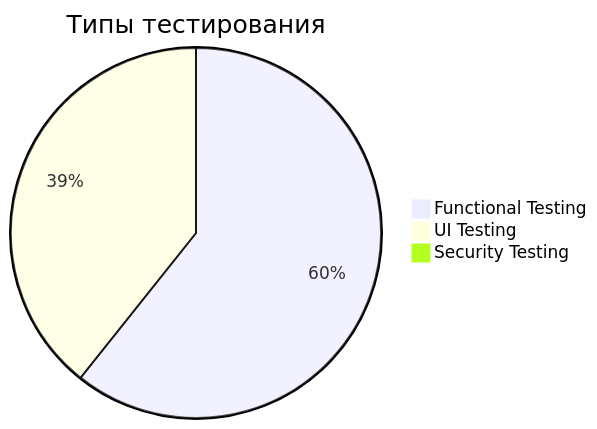
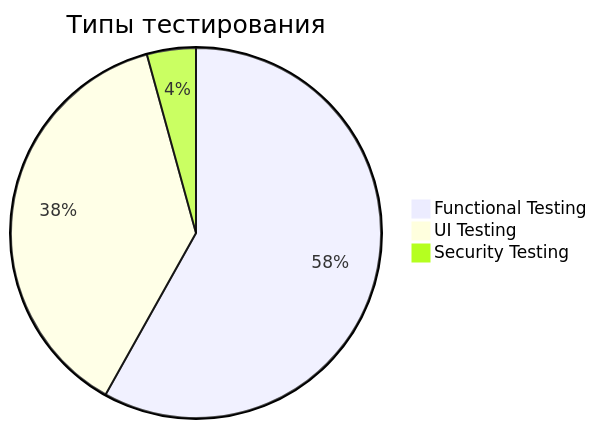
The second of 2 diagrams in README.md (SHBERIX/QA-Portfolio), drawn with Mermaid before and after one commit.

````diff
--- a/README.md
+++ b/README.md
@@ -107,6 +107,6 @@
 ```mermaid
 pie title Типы тестирования
     "Functional Testing" : 68
     "UI Testing" : 44
-    "Security Testing" : 1
+    "Security Testing" : 5
 ```
````
